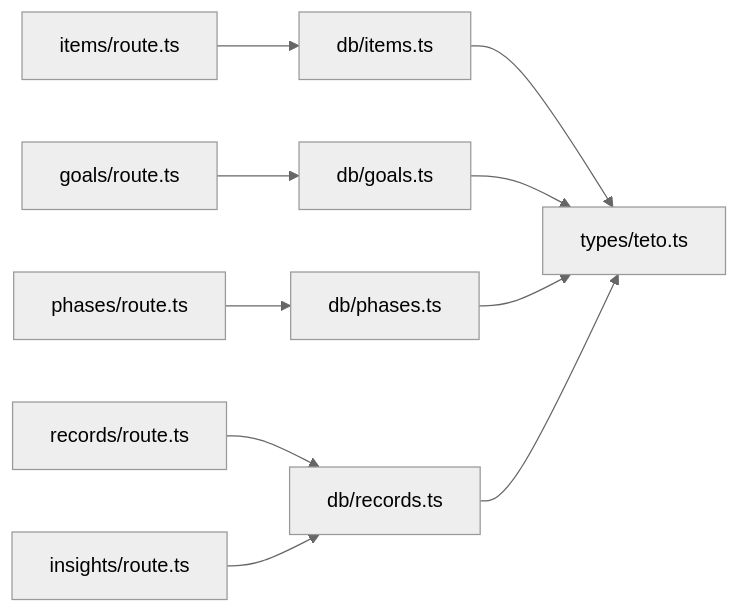
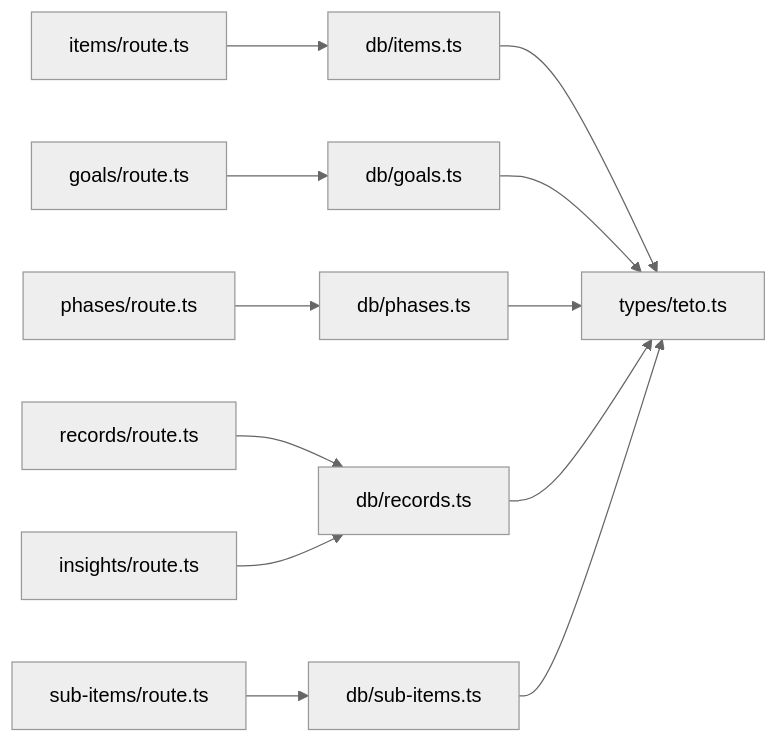
Before and after one commit to bbong1234/TETO: the eighth of 9 diagrams in .qoder/repowiki/zh/content/API接口文档/项目API.md, drawn with Mermaid (neutral theme). The commit also changed other lines of this file and 10 other files, not shown here.

````diff
--- a/.qoder/repowiki/zh/content/API接口文档/项目API.md
+++ b/.qoder/repowiki/zh/content/API接口文档/项目API.md
@@ -364,12 +578,14 @@
 ```mermaid
 graph LR
 ROUTE_ITEMS["items/route.ts"] --> DB_ITEMS["db/items.ts"]
 ROUTE_GOALS["goals/route.ts"] --> DB_GOALS["db/goals.ts"]
 ROUTE_PHASES["phases/route.ts"] --> DB_PHASES["db/phases.ts"]
 ROUTE_RECORDS["records/route.ts"] --> DB_RECORDS["db/records.ts"]
+ROUTE_SUB_ITEMS["sub-items/route.ts"] --> DB_SUB_ITEMS["db/sub-items.ts"]
 ROUTE_INSIGHTS["insights/route.ts"] --> DB_RECORDS
 DB_ITEMS --> TYPES["types/teto.ts"]
 DB_GOALS --> TYPES
 DB_PHASES --> TYPES
 DB_RECORDS --> TYPES
+DB_SUB_ITEMS --> TYPES
 ```
````
